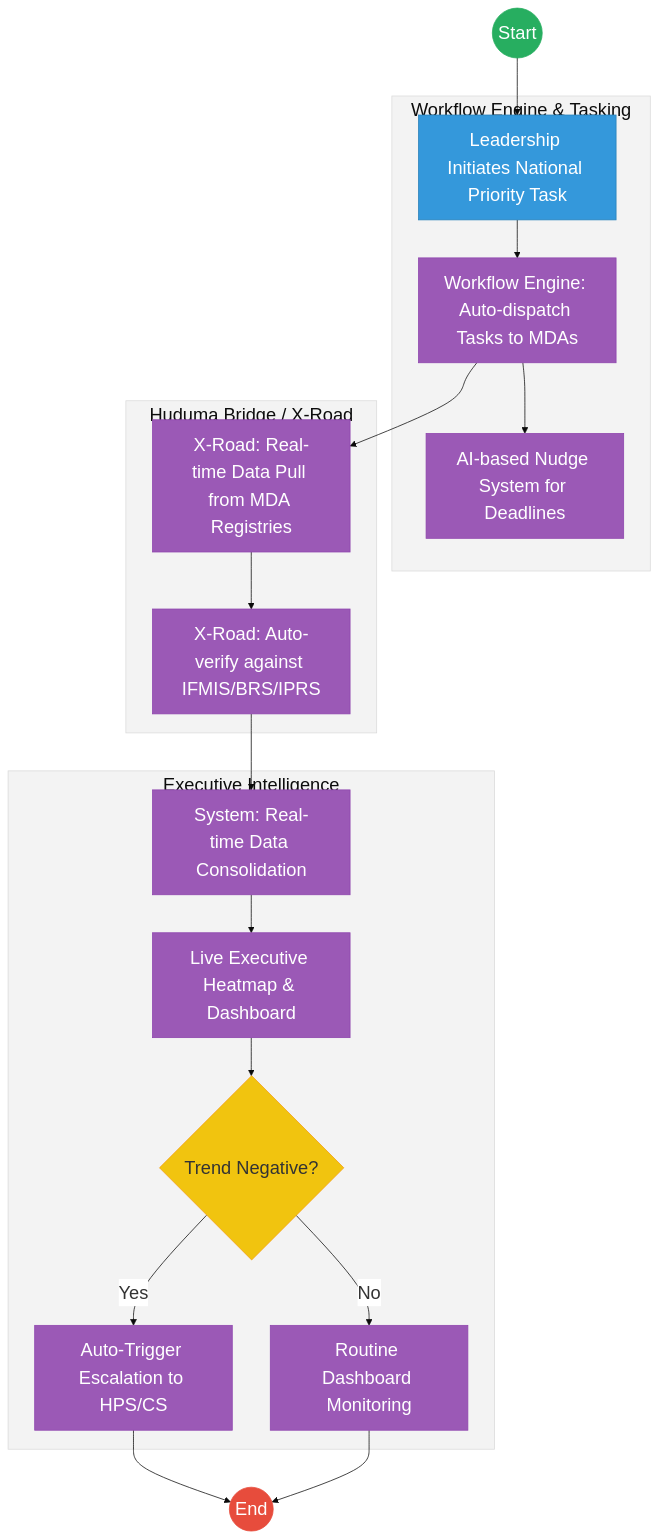
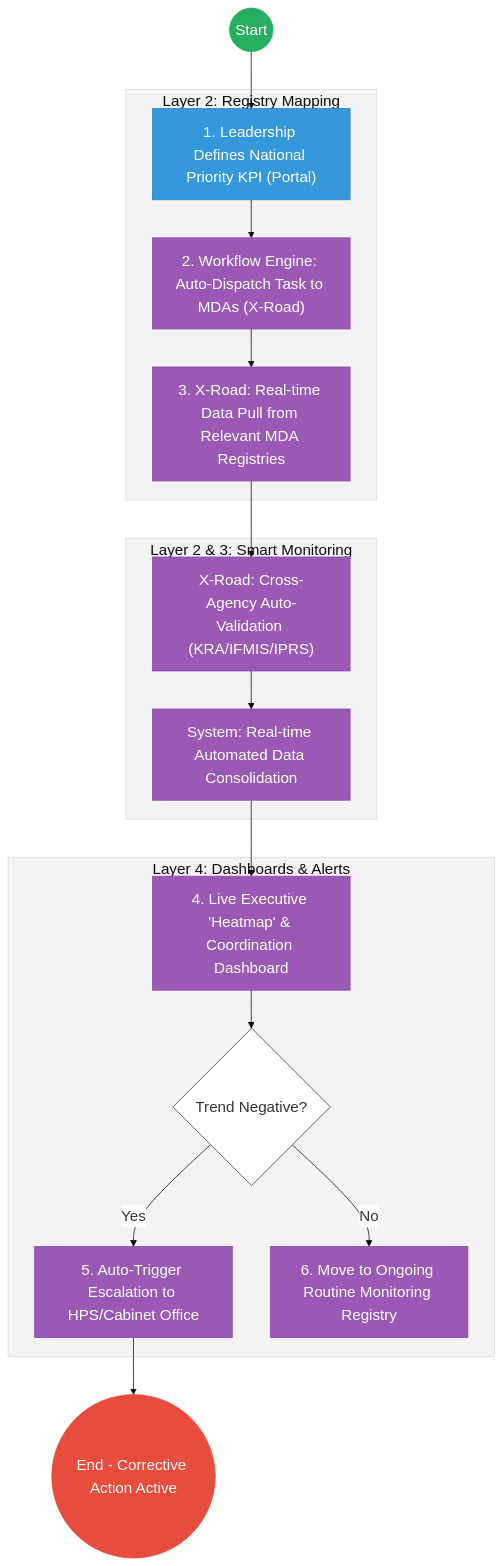
Before and after one commit to BITZ-IT-Consulting-LTD/ictapoc: the second of 2 diagrams in mdas/docs_final/priority_mdas/National_Government_Coordination___Service_Delivery.md, drawn with Mermaid. The commit also changed other lines of this file and 37 other files, not shown here.

````diff
--- a/mdas/docs_final/priority_mdas/National_Government_Coordination___Service_Delivery.md
+++ b/mdas/docs_final/priority_mdas/National_Government_Coordination___Service_Delivery.md
@@ -136,38 +110,34 @@
 ```mermaid
-%%{init: { 'theme': 'base', 'themeVariables': { 'fontSize': '24px', 'fontFamily': 'Inter, system-ui, sans-serif', 'primaryColor': '#ffffff', 'edgeLabelBackground':'#ffffff', 'tertiaryColor': '#f3f3f3', 'mainBkg': '#ffffff', 'nodeBorder': '#333333' } } }%%
-graph TD
-    Start((Start)) --> Command["Leadership Initiates National Priority Task"]
+%%{init: { 'theme': 'base', 'themeVariables': { 'fontSize': '20px', 'fontFamily': 'Inter, system-ui, sans-serif', 'primaryColor': '#ffffff', 'edgeLabelBackground':'#ffffff', 'tertiaryColor': '#f3f3f3', 'mainBkg': '#ffffff', 'nodeBorder': '#333333' } } }%%
+flowchart TD
+    Start((Start)) --> Command["1. Leadership Defines National Priority KPI (Portal)"]
     
-    subgraph Layer2["Workflow Engine & Tasking"]
-        Command --> Task["Workflow Engine: Auto-dispatch Tasks to MDAs"]
-        Task --> Reminder["AI-based Nudge System for Deadlines"]
+    subgraph Trust_Hub["Layer 2: Registry Mapping"]
+        Command --> Task["2. Workflow Engine: Auto-Dispatch Task to MDAs (X-Road)"]
+        Task --> Pull["3. X-Road: Real-time Data Pull from Relevant MDA Registries"]
     end
+
+    subgraph Operations["Layer 2 & 3: Smart Monitoring"]
+        Pull --> Validate["X-Road: Cross-Agency Auto-Validation (KRA/IFMIS/IPRS)"]
+        Validate --> Merge["System: Real-time Automated Data Consolidation"]
+    end
+
+    subgraph Settlement["Layer 4: Dashboards & Alerts"]
+        Merge --> Dash["4. Live Executive 'Heatmap' & Coordination Dashboard"]
+        Dash --> Predict{"Trend Negative?"}
+        Predict -- "Yes" --> Trigger_Esc["5. Auto-Trigger Escalation to HPS/Cabinet Office"]
+        Predict -- "No" --> Routine["6. Move to Ongoing Routine Monitoring Registry"]
+    end
+
+    Trigger_Esc --> EndProcess(("End - Corrective Action Active"))
+
+    classDef start fill:#27ae60,stroke:#27ae60,color:#fff,font-size:20px;;
+    classDef endNode fill:#e74c3c,stroke:#e74c3c,color:#fff,font-size:20px;;
+    classDef userTask fill:#3498db,stroke:#2980b9,color:#fff,font-size:20px;;
+    classDef serviceTask fill:#9b59b6,stroke:#8e44ad,color:#fff,font-size:20px;;
     
-    subgraph Layer3["Huduma Bridge / X-Road"]
-        Task --> Pull["X-Road: Real-time Data Pull from MDA Registries"]
-        Pull --> Validate["X-Road: Auto-verify against IFMIS/BRS/IPRS"]
-    end
-    
-    subgraph Layer4["Executive Intelligence"]
-        Validate --> Merge["System: Real-time Data Consolidation"]
-        Merge --> Dash["Live Executive Heatmap & Dashboard"]
-        Dash --> Predict{"Trend Negative?"}
-        
-        Predict -- "Yes" --> Trigger_Esc["Auto-Trigger Escalation to HPS/CS"]
-        Predict -- "No" --> Routine["Routine Dashboard Monitoring"]
-    end
-    
-    Trigger_Esc --> End((End))
-    Routine --> End
-
-    classDef start fill:#27ae60,stroke:#27ae60,color:#fff,font-size:24px,font-size:24px;;
-    classDef endNode fill:#e74c3c,stroke:#e74c3c,color:#fff,font-size:24px,font-size:24px;;
-    classDef userTask fill:#3498db,stroke:#2980b9,color:#fff,font-size:24px,font-size:24px;;
-    classDef serviceTask fill:#9b59b6,stroke:#8e44ad,color:#fff,font-size:24px,font-size:24px;;
-    classDef gateway fill:#f1c40f,stroke:#f39c12,color:#333,font-size:24px,font-size:24px;;
     class Start start;
-    class End endNode;
-    class Predict gateway;
+    class EndProcess endNode;
     class Command userTask;
-    class Task,Reminder,Pull,Validate,Merge,Dash,Trigger_Esc,Routine serviceTask;
+    class Task,Pull,Validate,Merge,Dash,Trigger_Esc,Routine serviceTask;
 ```
````
